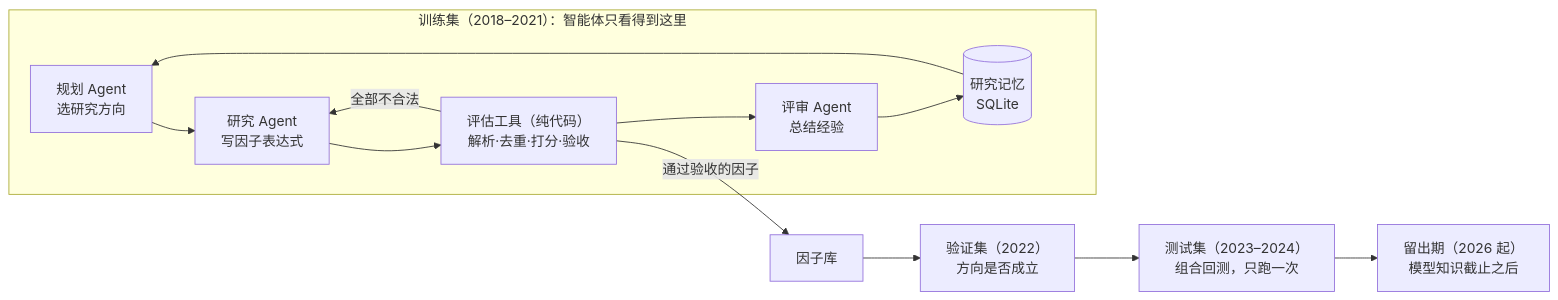
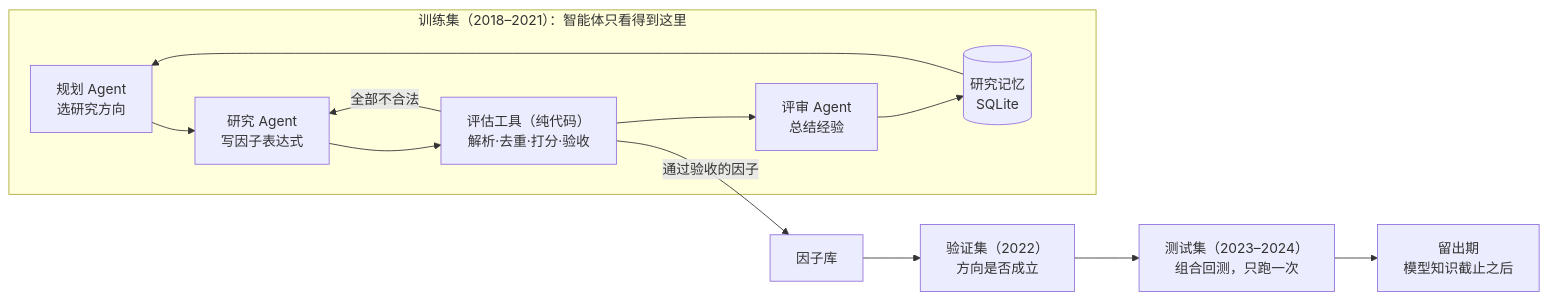
One commit to yuhang2551/timefence-mini changed the diagram in README.md. Above: the diagram before and after it, drawn with Mermaid. The commit also changed other lines of this file and 16 other files, not shown here.

````diff
--- a/README.md
+++ b/README.md
@@ -11,15 +11,15 @@
 ```mermaid
 flowchart LR
     subgraph train["训练集（2018–2021）：智能体只看得到这里"]
         P[规划 Agent<br/>选研究方向] --> R[研究 Agent<br/>写因子表达式]
         R --> J[评估工具（纯代码）<br/>解析·去重·打分·验收]
         J -->|全部不合法| R
         J --> V[评审 Agent<br/>总结经验]
         V --> M[(研究记忆<br/>SQLite)]
         M --> P
     end
     J -->|通过验收的因子| L[因子库]
     L --> VA["验证集（2022）<br/>方向是否成立"]
     VA --> T["测试集（2023–2024）<br/>组合回测，只跑一次"]
-    T --> H["留出期（2026 起）<br/>模型知识截止之后"]
+    T --> H["留出期<br/>模型知识截止之后"]
 ```
````
